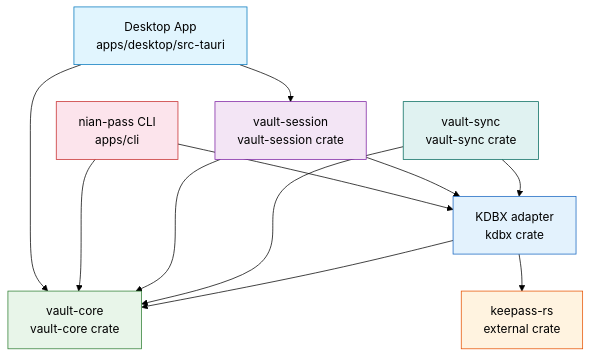
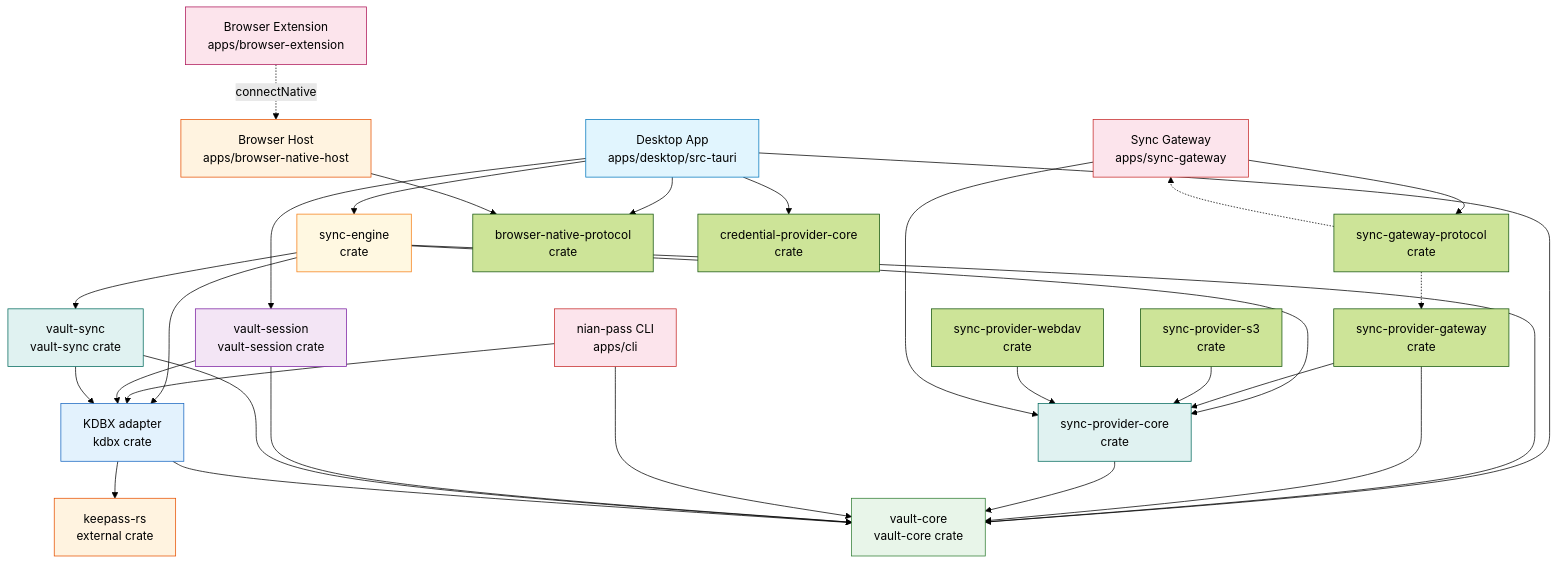
Before and after one commit to QuocDuong16/nian-pass: the diagram in openwiki/architecture/overview.md, drawn with Mermaid (forest theme). The commit also changed other lines of this file and 5 other files, not shown here.

````diff
--- a/openwiki/architecture/overview.md
+++ b/openwiki/architecture/overview.md
@@ -14,29 +14,63 @@
 ```mermaid
 flowchart TD
     DESKTOP["Desktop App\napps/desktop/src-tauri"]
     CLI["nian-pass CLI\napps/cli"]
+    GATEWAY["Sync Gateway\napps/sync-gateway"]
+    BROWSER_HOST["Browser Host\napps/browser-native-host"]
+    BROWSER_EXT["Browser Extension\napps/browser-extension"]
+    SE["sync-engine\ncrate"]
+    SPG["sync-provider-gateway\ncrate"]
+    SPS["sync-provider-s3\ncrate"]
+    SPW["sync-provider-webdav\ncrate"]
+    SPCORE["sync-provider-core\ncrate"]
+    GWPROT["sync-gateway-protocol\ncrate"]
+    BNPROT["browser-native-protocol\ncrate"]
+    CPCORE["credential-provider-core\ncrate"]
     VS["vault-sync\nvault-sync crate"]
     VSESS["vault-session\nvault-session crate"]
     VC["vault-core\nvault-core crate"]
     KDBX["KDBX adapter\nkdbx crate"]
     KEEPASS["keepass-rs\nexternal crate"]
 
     DESKTOP --> VSESS
     DESKTOP --> VC
+    DESKTOP --> SE
+    DESKTOP --> BNPROT
+    DESKTOP --> CPCORE
+    SE --> VS
+    SE --> SPCORE
+    SE --> KDBX
+    SE --> VC
+    SPG --> SPCORE
+    SPG --> VC
+    SPS --> SPCORE
+    SPW --> SPCORE
+    SPCORE --> VC
+    GWPROT -.-> GATEWAY
+    GWPROT -.-> SPG
     CLI --> KDBX
     CLI --> VC
     VSESS --> KDBX
     VSESS --> VC
     VS --> KDBX
     VS --> VC
     KDBX --> VC
     KDBX --> KEEPASS
+    GATEWAY --> GWPROT
+    GATEWAY --> SPCORE
+    BROWSER_HOST --> BNPROT
+    BROWSER_EXT -.->|"connectNative"| BROWSER_HOST
 
     style VC fill:#e8f5e9,stroke:#2e7d32
     style KDBX fill:#e3f2fd,stroke:#1565c0
     style KEEPASS fill:#fff3e0,stroke:#e65100
     style CLI fill:#fce4ec,stroke:#c62828
     style VSESS fill:#f3e5f5,stroke:#7b1fa2
     style VS fill:#e0f2f1,stroke:#00695c
     style DESKTOP fill:#e1f5fe,stroke:#0277bd
+    style SE fill:#fff8e1,stroke:#f57f17
+    style SPCORE fill:#e0f2f1,stroke:#00695c
+    style GATEWAY fill:#fce4ec,stroke:#c62828
+    style BROWSER_HOST fill:#fff3e0,stroke:#e65100
+    style BROWSER_EXT fill:#fce4ec,stroke:#ad1457
 ```
````
